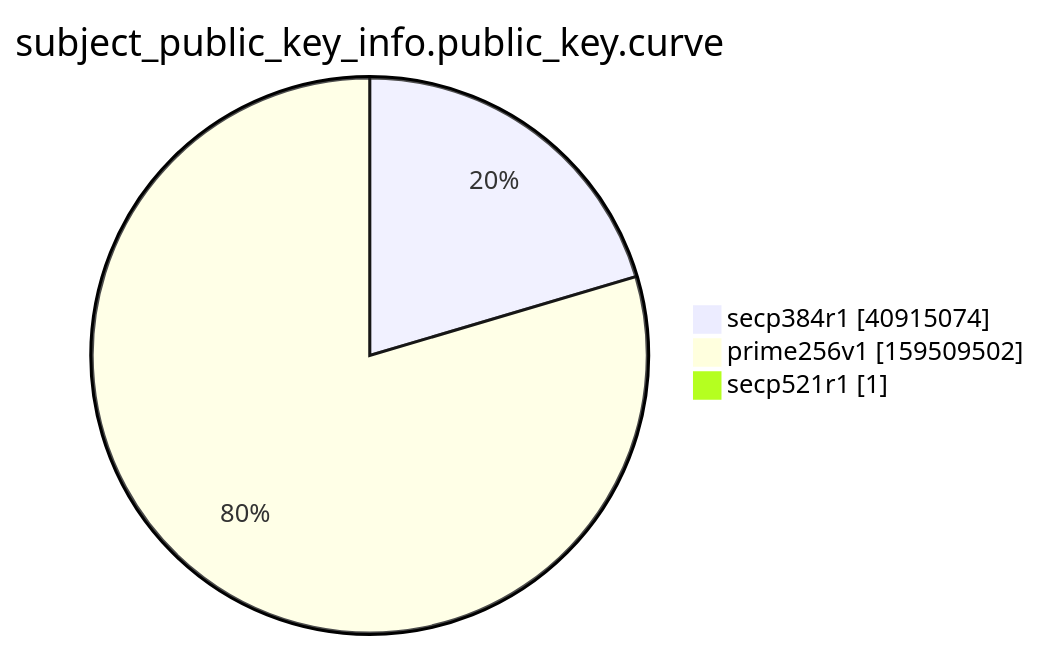
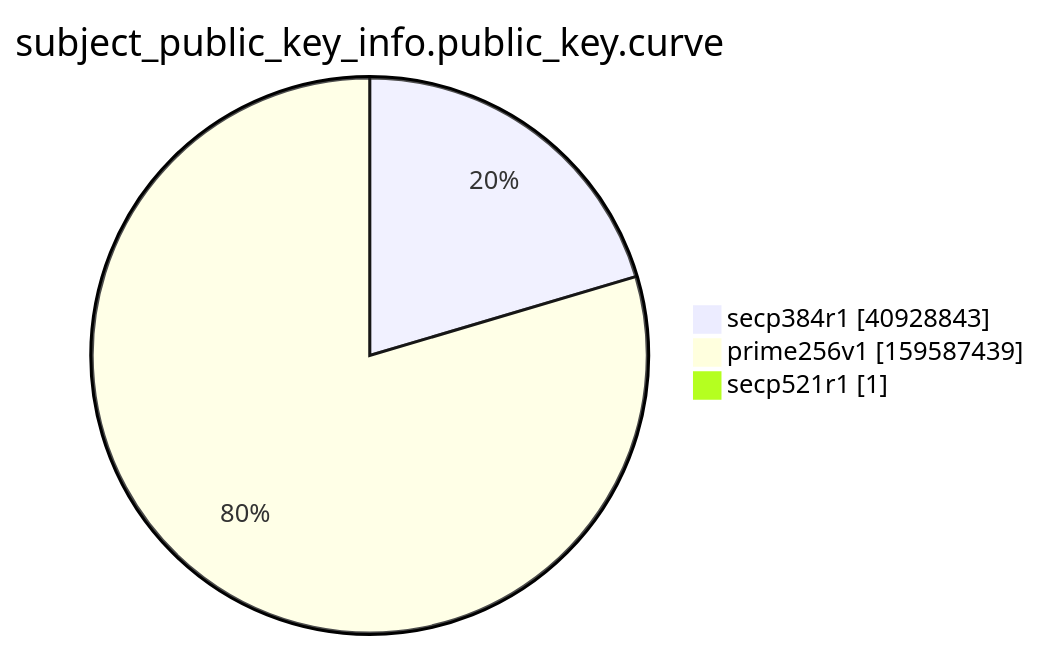
Before and after one commit to christiankrug/ctmonitor_visualization: the ninth of 15 diagrams in xenon2022/README.md, drawn with Mermaid. The commit also changed other lines of this file, not shown here.

````diff
--- a/xenon2022/README.md
+++ b/xenon2022/README.md
@@ -2867,7 +2867,7 @@
 ```mermaid
 pie showData
 title subject_public_key_info.public_key.curve
-"secp384r1" :40915074
-"prime256v1" :159509502
+"secp384r1" :40928843
+"prime256v1" :159587439
 "secp521r1" :1
 ```
````
